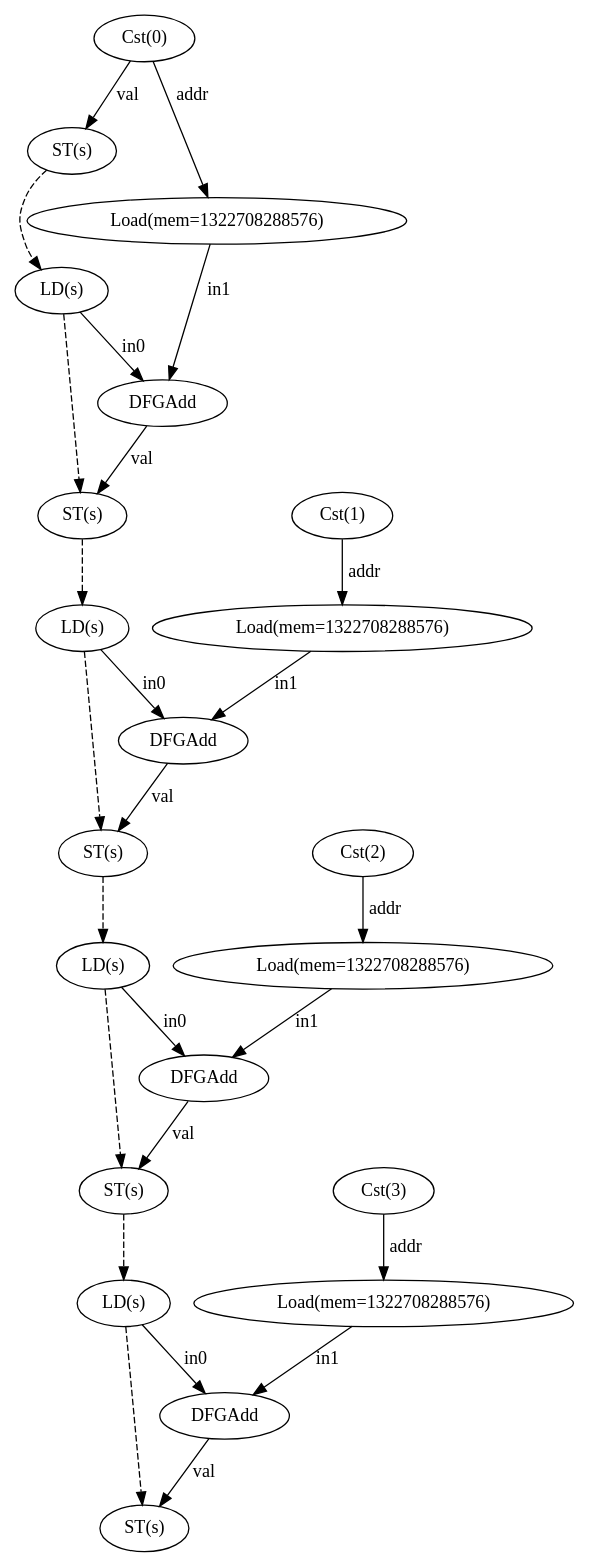
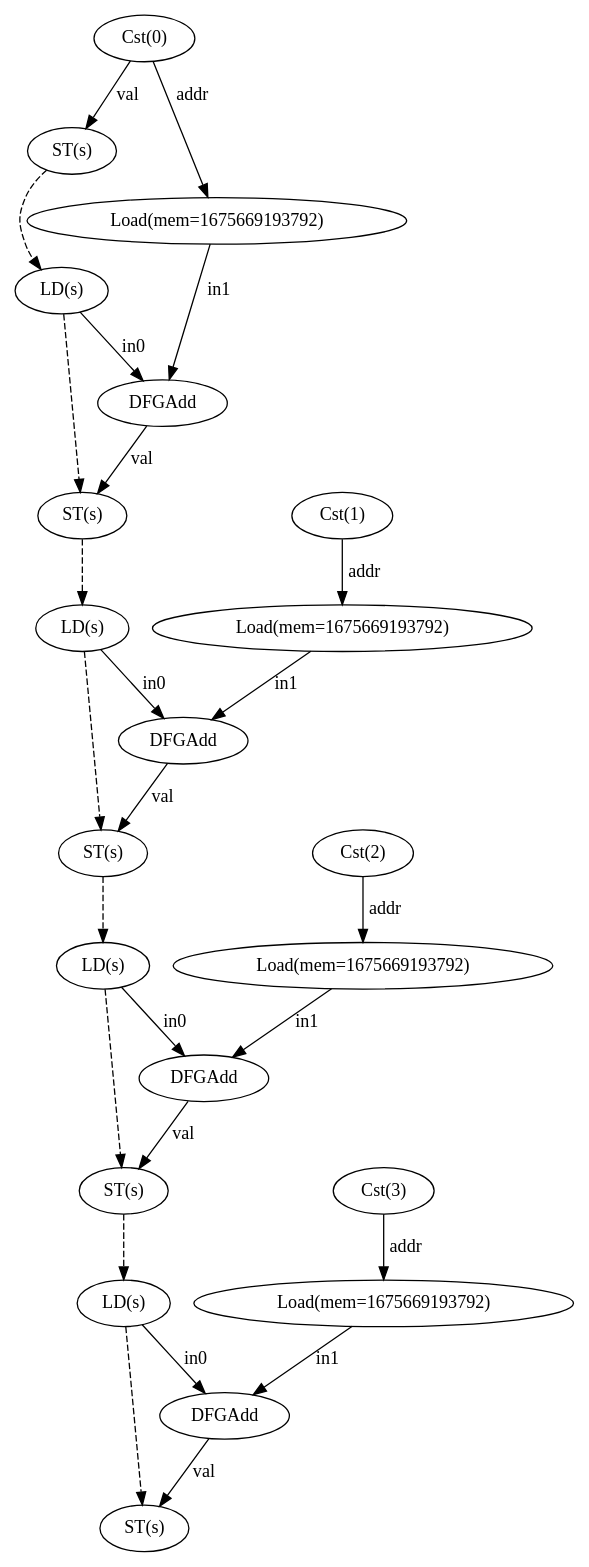
The diagram in test12/dfg.dot (ma-carrillo/High-level-synthesis-assignment), drawn with Graphviz before and after one commit. The commit also changed 11 other files, not shown here.

```diff
--- a/test12/dfg.dot
+++ b/test12/dfg.dot
@@ -1,48 +1,48 @@
 digraph "dfg" {
   n0 [label="Cst(0)"];
   n1 [label="ST(s)"];
   n2 [label="LD(s)"];
-  n3 [label="Load(mem=1322708288576)"];
+  n3 [label="Load(mem=1675669193792)"];
   n4 [label="DFGAdd"];
   n5 [label="ST(s)"];
   n6 [label="LD(s)"];
   n7 [label="Cst(1)"];
-  n8 [label="Load(mem=1322708288576)"];
+  n8 [label="Load(mem=1675669193792)"];
   n9 [label="DFGAdd"];
   n10 [label="ST(s)"];
   n11 [label="LD(s)"];
   n12 [label="Cst(2)"];
-  n13 [label="Load(mem=1322708288576)"];
+  n13 [label="Load(mem=1675669193792)"];
   n14 [label="DFGAdd"];
   n15 [label="ST(s)"];
   n16 [label="LD(s)"];
   n17 [label="Cst(3)"];
-  n18 [label="Load(mem=1322708288576)"];
+  n18 [label="Load(mem=1675669193792)"];
   n19 [label="DFGAdd"];
   n20 [label="ST(s)"];
   n0 -> n1 [label="val"];
   n0 -> n3 [label="addr"];
   n1 -> n2 [style="dashed"];
   n2 -> n4 [label="in0"];
   n2 -> n5 [style="dashed"];
   n3 -> n4 [label="in1"];
   n4 -> n5 [label="val"];
   n5 -> n6 [style="dashed"];
   n6 -> n9 [label="in0"];
   n6 -> n10 [style="dashed"];
   n7 -> n8 [label="addr"];
   n8 -> n9 [label="in1"];
   n9 -> n10 [label="val"];
   n10 -> n11 [style="dashed"];
   n11 -> n14 [label="in0"];
   n11 -> n15 [style="dashed"];
   n12 -> n13 [label="addr"];
   n13 -> n14 [label="in1"];
   n14 -> n15 [label="val"];
   n15 -> n16 [style="dashed"];
   n16 -> n19 [label="in0"];
   n16 -> n20 [style="dashed"];
   n17 -> n18 [label="addr"];
   n18 -> n19 [label="in1"];
   n19 -> n20 [label="val"];
 }
```
